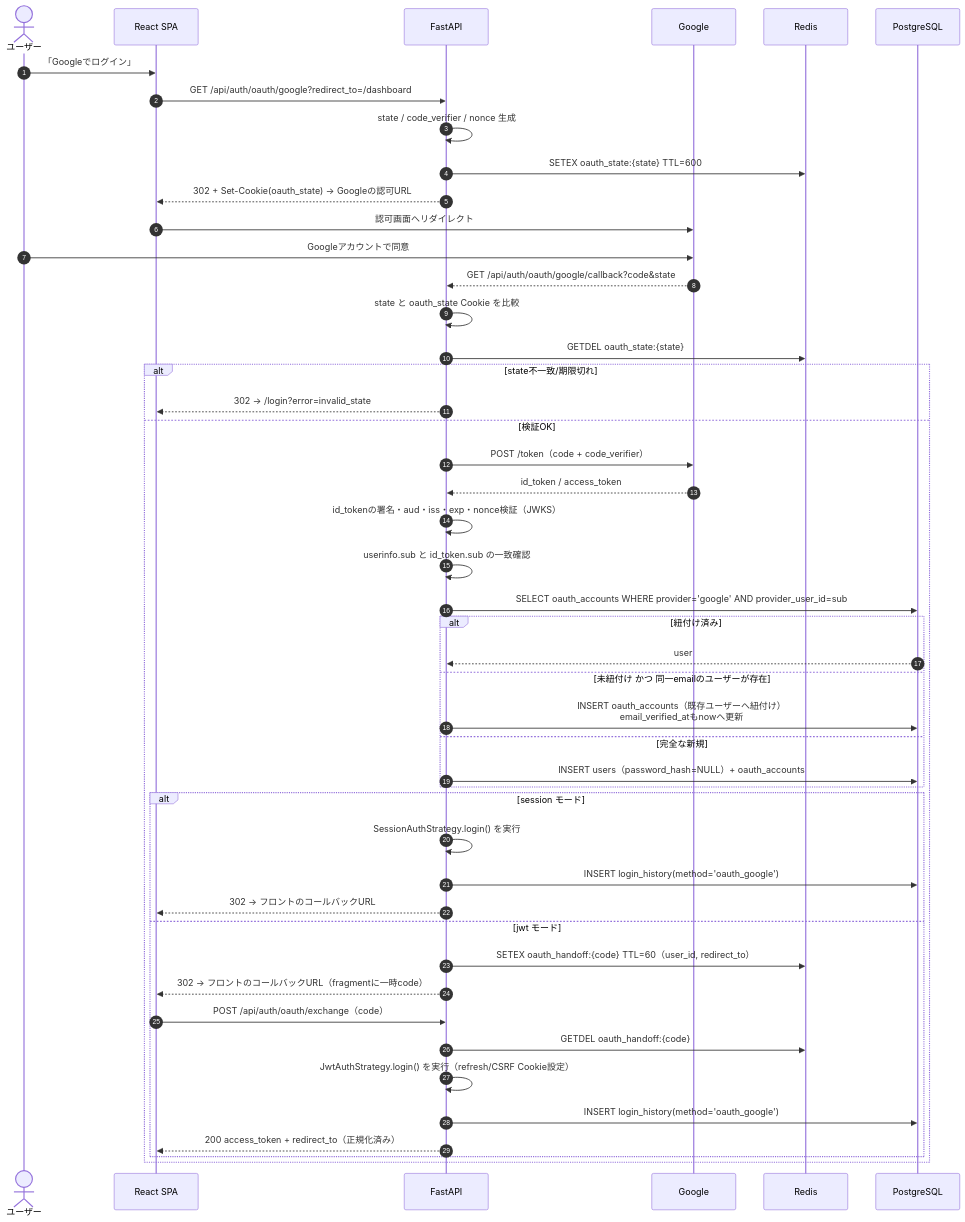
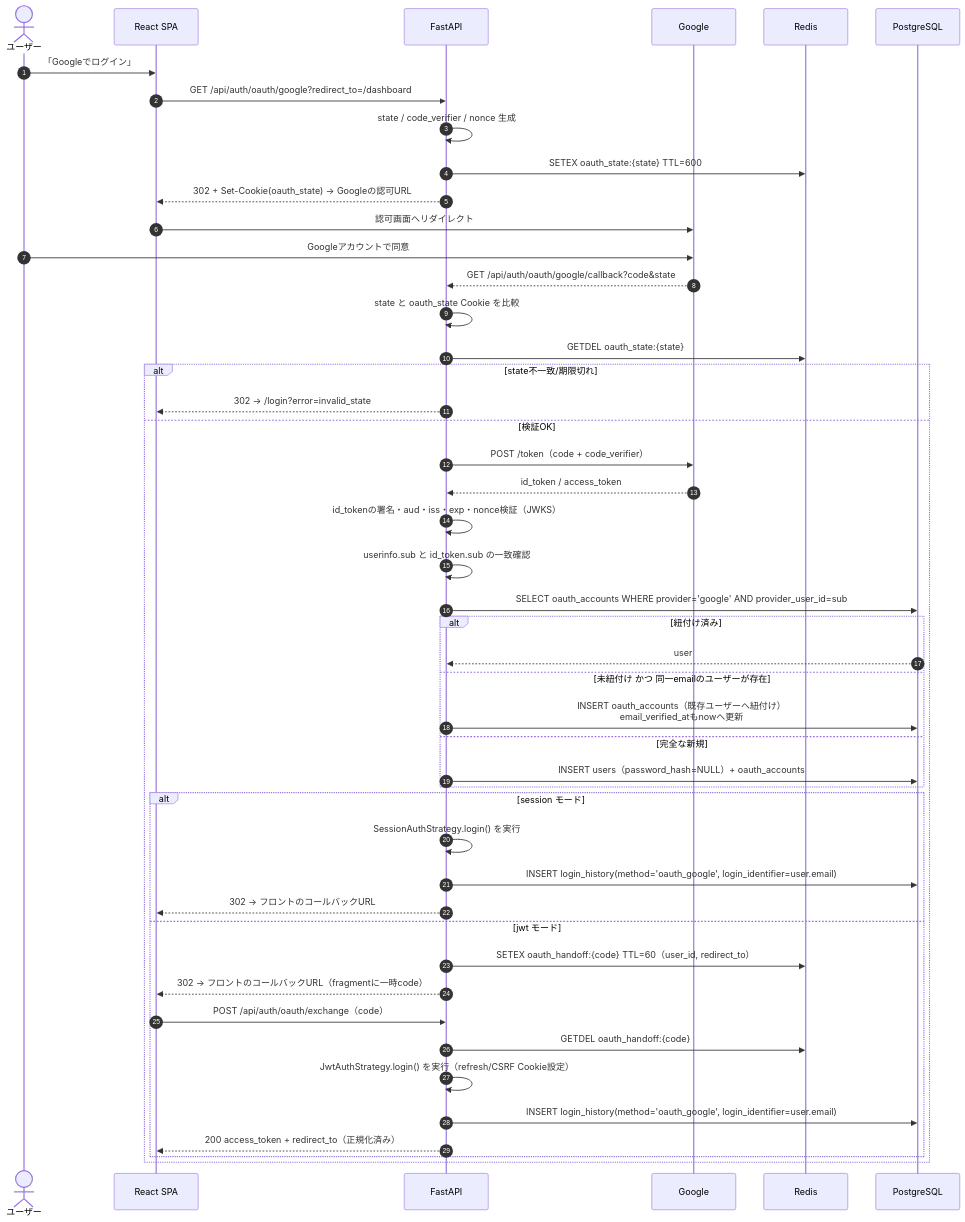
One commit to oikawa-d/task_management changed the sixth of 10 diagrams in docs/basic_design/03_auth.md. Above: the diagram before and after it, drawn with Mermaid. The commit also changed other lines of this file and 10 other files, not shown here.

Commit message:
docs: #223 OAuth login_identifierの定義を整合

````diff
--- a/docs/basic_design/03_auth.md
+++ b/docs/basic_design/03_auth.md
@@ -236,50 +236,50 @@
 ```mermaid
 sequenceDiagram
     autonumber
     actor U as ユーザー
     participant FE as React SPA
     participant API as FastAPI
     participant G as Google
     participant RD as Redis
     participant PG as PostgreSQL
 
     U->>FE: 「Googleでログイン」
     FE->>API: GET /api/auth/oauth/google?redirect_to=/dashboard
     API->>API: state / code_verifier / nonce 生成
     API->>RD: SETEX oauth_state:{state} TTL=600
     API-->>FE: 302 + Set-Cookie(oauth_state) → Googleの認可URL
     FE->>G: 認可画面へリダイレクト
     U->>G: Googleアカウントで同意
     G-->>API: GET /api/auth/oauth/google/callback?code&state
     API->>API: state と oauth_state Cookie を比較
     API->>RD: GETDEL oauth_state:{state}
     alt state不一致/期限切れ
         API-->>FE: 302 → /login?error=invalid_state
     else 検証OK
         API->>G: POST /token（code + code_verifier）
         G-->>API: id_token / access_token
         API->>API: id_tokenの署名・aud・iss・exp・nonce検証（JWKS）
         API->>API: userinfo.sub と id_token.sub の一致確認
         API->>PG: SELECT oauth_accounts WHERE provider='google' AND provider_user_id=sub
         alt 紐付け済み
             PG-->>API: user
         else 未紐付け かつ 同一emailのユーザーが存在
             API->>PG: INSERT oauth_accounts（既存ユーザーへ紐付け）<br/>email_verified_atもnowへ更新
         else 完全な新規
             API->>PG: INSERT users（password_hash=NULL）+ oauth_accounts
         end
         alt session モード
             API->>API: SessionAuthStrategy.login() を実行
-            API->>PG: INSERT login_history(method='oauth_google')
+            API->>PG: INSERT login_history(method='oauth_google', login_identifier=user.email)
             API-->>FE: 302 → フロントのコールバックURL#redirect_to=...（Cookie設定済み）
         else jwt モード
             API->>RD: SETEX oauth_handoff:{code} TTL=60（user_id, redirect_to）
             API-->>FE: 302 → フロントのコールバックURL（fragmentに一時code）
             FE->>API: POST /api/auth/oauth/exchange（code）
             API->>RD: GETDEL oauth_handoff:{code}
             API->>API: JwtAuthStrategy.login() を実行（refresh/CSRF Cookie設定）
-            API->>PG: INSERT login_history(method='oauth_google')
+            API->>PG: INSERT login_history(method='oauth_google', login_identifier=user.email)
             API-->>FE: 200 access_token + redirect_to（正規化済み）
         end
     end
 ```
````
